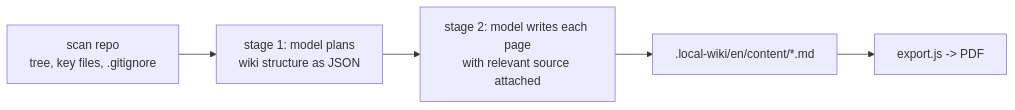
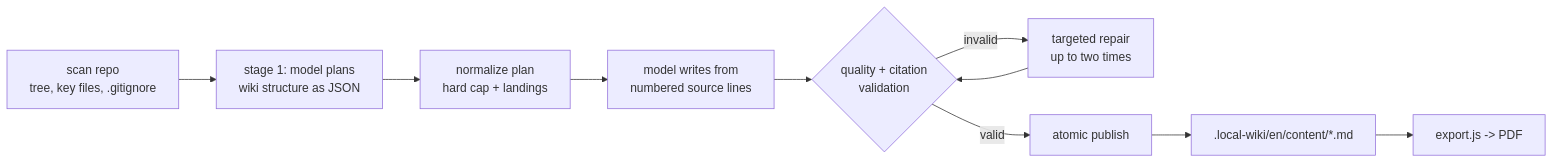
The diagram in README.md (genes8/open-repo-wiki), drawn with Mermaid before and after one commit. The commit also changed other lines of this file, not shown here.

Commit message:
docs: explain grounded quality guarantees

````diff
--- a/README.md
+++ b/README.md
@@ -164,7 +169,12 @@
 ```mermaid
 graph LR
   A[scan repo<br/>tree, key files, .gitignore] --> B[stage 1: model plans<br/>wiki structure as JSON]
-  B --> C[stage 2: model writes each page<br/>with relevant source attached]
-  C --> D[.local-wiki/en/content/*.md]
-  D --> E[export.js -> PDF]
+  B --> C[normalize plan<br/>hard cap + landings]
+  C --> D[model writes from<br/>numbered source lines]
+  D --> E{quality + citation<br/>validation}
+  E -->|invalid| F[targeted repair<br/>up to two times]
+  F --> E
+  E -->|valid| G[atomic publish]
+  G --> H[.local-wiki/en/content/*.md]
+  H --> I[export.js -> PDF]
 ```
````
